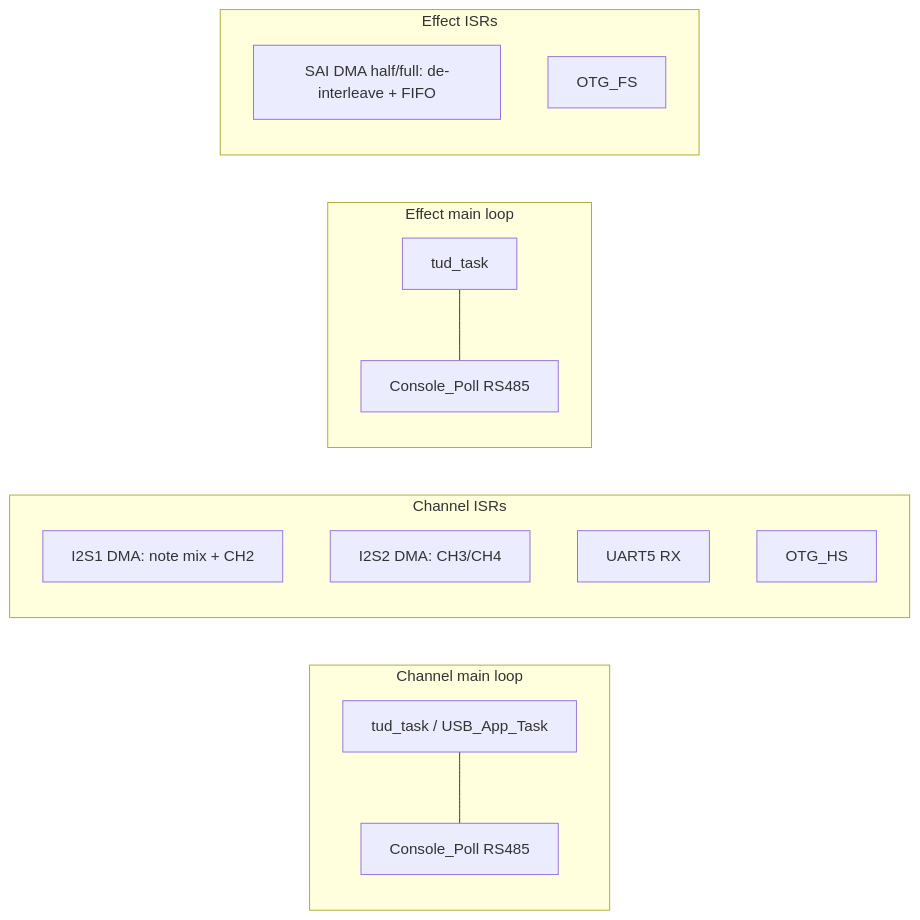
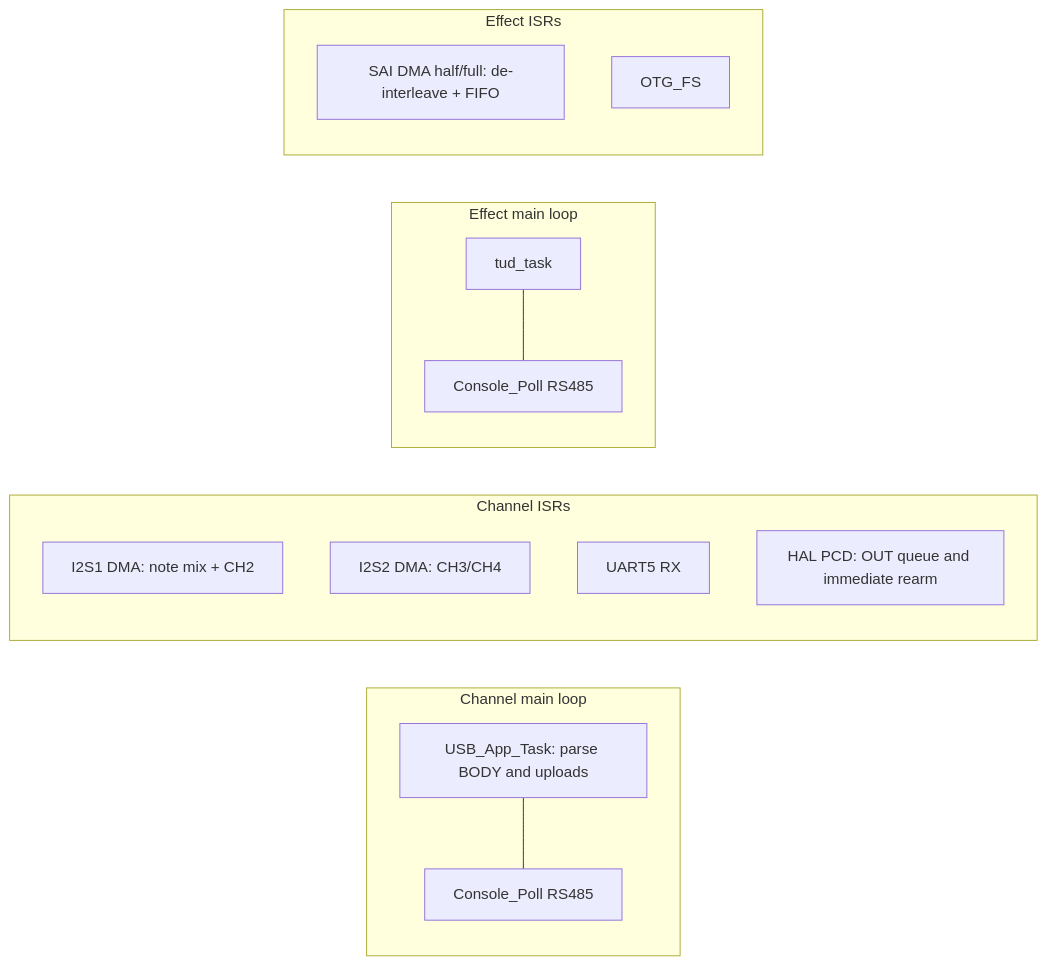
One commit to narendrabhatt-freshwater/firmware changed the fifth of 5 diagrams in docs/diagrams/card_data_flow.md. Above: the diagram before and after it, drawn with Mermaid. The commit also changed other lines of this file and 208 other files, not shown here.

First line of the commit message:
Migrate Channel Card streaming and uploads to framed USB CDC

````diff
--- a/docs/diagrams/card_data_flow.md
+++ b/docs/diagrams/card_data_flow.md
@@ -262,26 +241,26 @@
 ```mermaid
 flowchart LR
   subgraph ch_loop [Channel main loop]
-    Tud1[tud_task / USB_App_Task]
+    Tud1[USB_App_Task: parse BODY and uploads]
     Con1[Console_Poll RS485]
     Tud1 --- Con1
   end
 
   subgraph ch_isr [Channel ISRs]
     I2S1[I2S1 DMA: note mix + CH2]
     I2S2[I2S2 DMA: CH3/CH4]
     U5[UART5 RX]
-    USB1[OTG_HS]
+    USB1[HAL PCD: OUT queue and immediate rearm]
   end
 
   subgraph fx_loop [Effect main loop]
     Tud2[tud_task]
     Con2[Console_Poll RS485]
     Tud2 --- Con2
   end
 
   subgraph fx_isr [Effect ISRs]
     SaiDma[SAI DMA half/full: de-interleave + FIFO]
     USB2[OTG_FS]
   end
 ```
````
